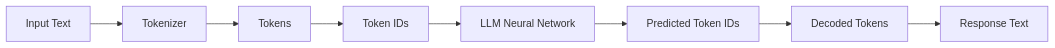
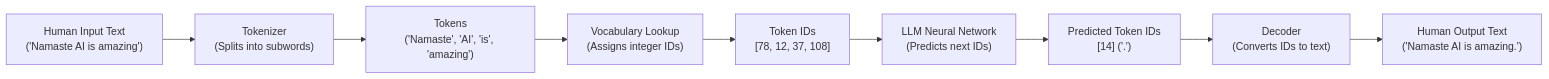
Before and after one commit to Nishant8826/theory-leaning: the first of 2 diagrams in Nameste-AI/Season_01/03_The_Secret_Language_of_LLMs.md, drawn with Mermaid. The commit also changed other lines of this file and 8 other files, not shown here.

````diff
--- a/Nameste-AI/Season_01/03_The_Secret_Language_of_LLMs.md
+++ b/Nameste-AI/Season_01/03_The_Secret_Language_of_LLMs.md
@@ -37,10 +39,11 @@
 ```mermaid
 flowchart LR
-    A[Input Text] --> B[Tokenizer]
-    B --> C[Tokens]
-    C --> D[Token IDs]
-    D --> E[LLM Neural Network]
-    E --> F[Predicted Token IDs]
-    F --> G[Decoded Tokens]
-    G --> H[Response Text]
+    A["Human Input Text\n('Namaste AI is amazing')"] --> B["Tokenizer\n(Splits into subwords)"]
+    B --> C["Tokens\n('Namaste', 'AI', 'is', 'amazing')"]
+    C --> D["Vocabulary Lookup\n(Assigns integer IDs)"]
+    D --> E["Token IDs\n[78, 12, 37, 108]"]
+    E --> F["LLM Neural Network\n(Predicts next IDs)"]
+    F --> G["Predicted Token IDs\n[14] ('.')"]
+    G --> H["Decoder\n(Converts IDs to text)"]
+    H --> I["Human Output Text\n('Namaste AI is amazing.')"]
 ```
````
